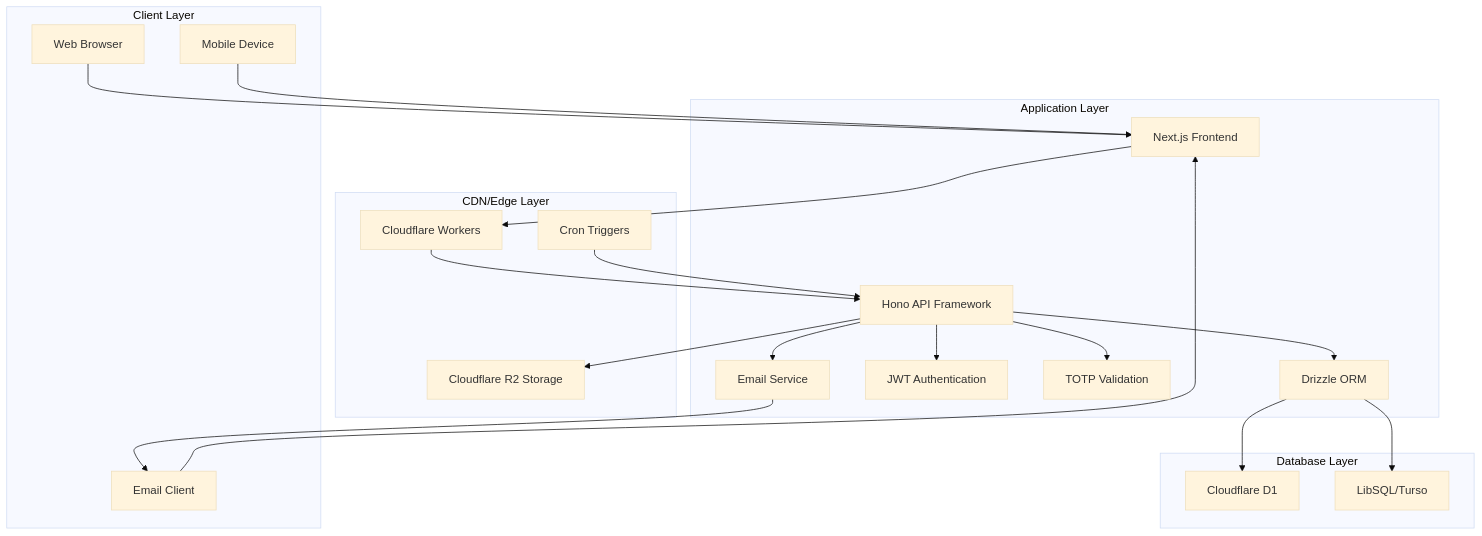
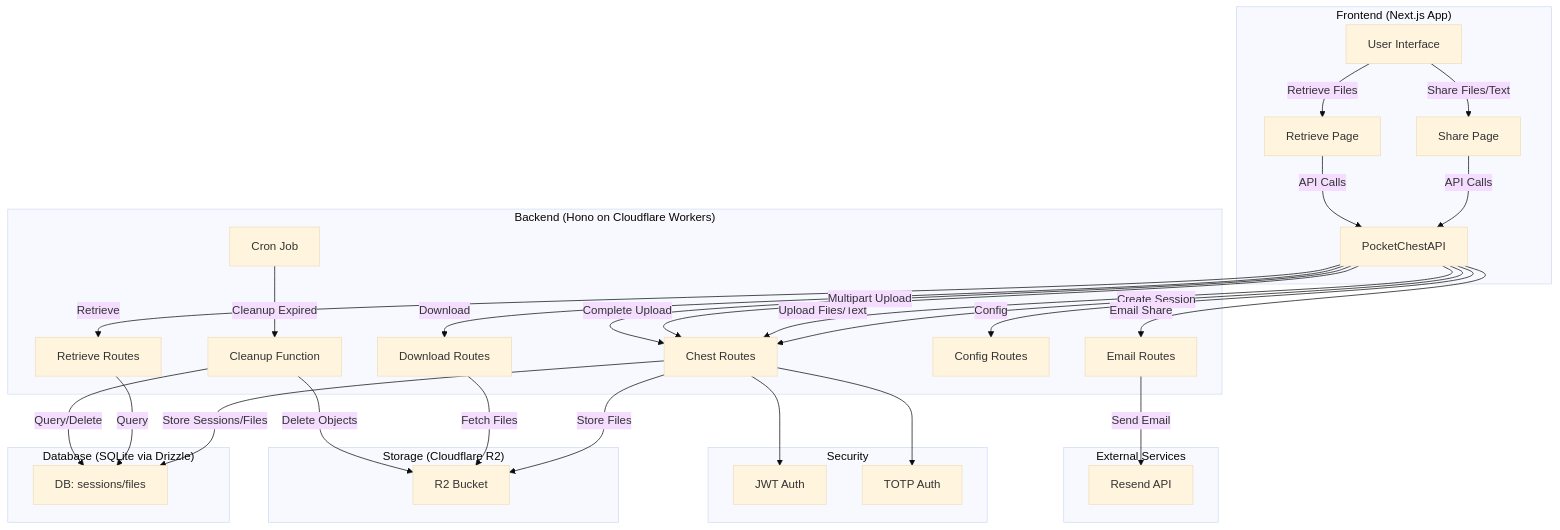
Before and after one commit to WuChenDi/dropply: the diagram in README.md, drawn with Mermaid (base theme).

Commit message:
docs(README): update system diagram and project structure
- Redesigned system diagram to provide a clearer representation of the platform's architecture
- Added more details on the frontend and backend components
- Included external services and security elements
- Updated project structure section to reflect the new architecture

````diff
--- a/README.md
+++ b/README.md
@@ -35,43 +35,45 @@
 ```mermaid
-graph TB
-    subgraph Client Layer
-        A[Web Browser]
-        B[Mobile Device]
-        C[Email Client]
+graph TD
+    subgraph "Frontend (Next.js App)"
+        A[User Interface] -->|Share Files/Text| B[Share Page]
+        A -->|Retrieve Files| C[Retrieve Page]
+        B -->|API Calls| D[PocketChestAPI]
+        C -->|API Calls| D
     end
-    
-    subgraph CDN/Edge Layer
-        D[Cloudflare Workers]
-        E[Cloudflare R2 Storage]
-        F[Cron Triggers]
+
+    subgraph "Backend (Hono on Cloudflare Workers)"
+        D -->|Create Session| E[Chest Routes]
+        D -->|Upload Files/Text| E
+        D -->|Complete Upload| E
+        D -->|Multipart Upload| E
+        D -->|Retrieve| F[Retrieve Routes]
+        D -->|Download| G[Download Routes]
+        D -->|Email Share| H[Email Routes]
+        D -->|Config| I[Config Routes]
+
+        J[Cron Job] -->|Cleanup Expired| K[Cleanup Function]
     end
-    
-    subgraph Application Layer
-        G[Next.js Frontend]
-        H[Hono API Framework]
-        I[Drizzle ORM]
-        J[JWT Authentication]
-        K[TOTP Validation]
-        L[Email Service]
+
+    subgraph "Database (SQLite via Drizzle)"
+        E -->|Store Sessions/Files| L[DB: sessions/files]
+        F -->|Query| L
+        K -->|Query/Delete| L
     end
-    
-    subgraph Database Layer
-        M[Cloudflare D1]
-        N[LibSQL/Turso]
+
+    subgraph "Storage (Cloudflare R2)"
+        E -->|Store Files| M[R2 Bucket]
+        G -->|Fetch Files| M
+        K -->|Delete Objects| M
     end
-    
-    A --> G
-    B --> G
-    C --> G
-    G --> D
-    D --> H
-    H --> I
-    H --> J
-    H --> K
-    H --> L
-    I --> M
-    I --> N
-    F --> H
-    H --> E
-    L --> C
+
+    subgraph "External Services"
+        H -->|Send Email| N[Resend API]
+    end
+
+    subgraph "Security"
+        O[JWT Auth]
+        P[TOTP Auth]
+        E --> O
+        E --> P
+    end
 ```
````
